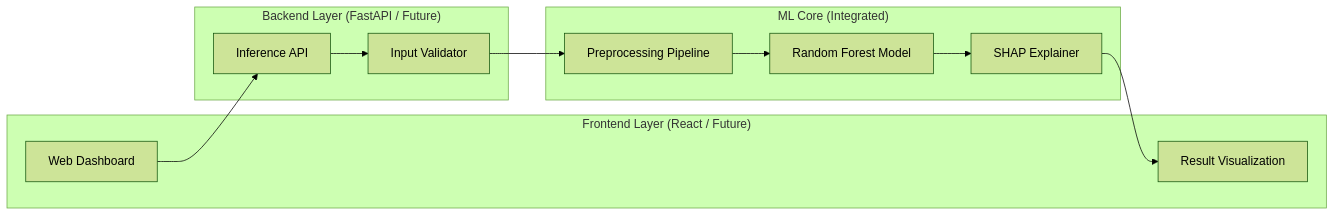
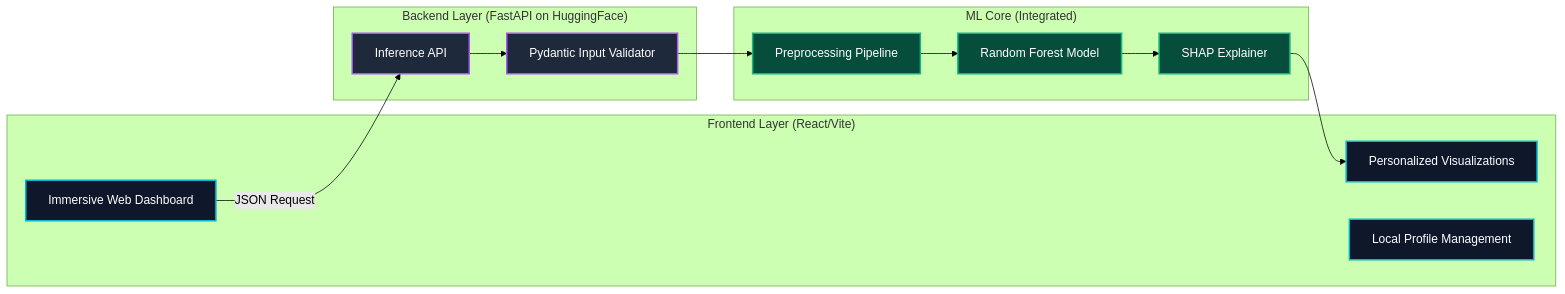
Before and after one commit to 01mayankk/MediGuide-AI: the first of 2 diagrams in README.md, drawn with Mermaid (forest theme). The commit also changed other lines of this file and 1 other file, not shown here.

Commit message:
feat: enhance frontend README with detailed features, architecture flow, and installation instructions

````diff
--- a/README.md
+++ b/README.md
@@ -39,25 +40,30 @@
 ```mermaid
 graph LR
-    subgraph "Frontend Layer (React / Future)"
-        UI[Web Dashboard]
-        ResultView[Result Visualization]
+    classDef frontend fill:#0f172a,stroke:#06b6d4,stroke-width:2px,color:#fff;
+    classDef backend fill:#1e293b,stroke:#a855f7,stroke-width:2px,color:#fff;
+    classDef ml fill:#064e3b,stroke:#10b981,stroke-width:2px,color:#fff;
+
+    subgraph "Frontend Layer (React/Vite)"
+        UI[Immersive Web Dashboard]:::frontend
+        ResultView[Personalized Visualizations]:::frontend
+        Profiles[Local Profile Management]:::frontend
     end
 
-    subgraph "Backend Layer (FastAPI / Future)"
-        API[Inference API]
-        Validator[Input Validator]
+    subgraph "Backend Layer (FastAPI on HuggingFace)"
+        API[Inference API]:::backend
+        Validator[Pydantic Input Validator]:::backend
     end
 
     subgraph "ML Core (Integrated)"
-        PreProcess[Preprocessing Pipeline]
-        Model[Random Forest Model]
-        Explainer[SHAP Explainer]
+        PreProcess[Preprocessing Pipeline]:::ml
+        Model[Random Forest Model]:::ml
+        Explainer[SHAP Explainer]:::ml
     end
 
-    UI --> API
+    UI -->|JSON Request| API
     API --> Validator
     Validator --> PreProcess
     PreProcess --> Model
     Model --> Explainer
     Explainer --> ResultView
 ```
````
